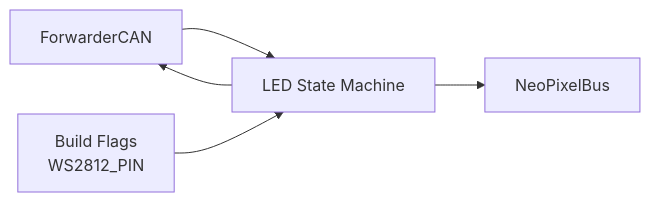
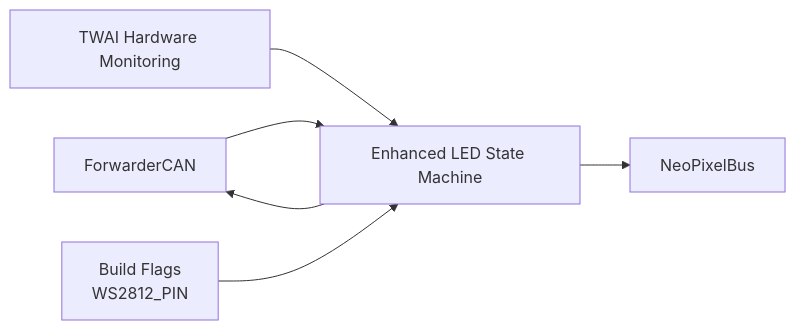
One commit to gunicsba/ESP_CAN_ECU_joystick_collection changed the fourth of 4 diagrams in .qoder/repowiki/en/content/ECU Implementations/Motor Driver ECU/LED Status Indicator System.md. Above: the diagram before and after it, drawn with Mermaid. The commit also changed other lines of this file and 8 other files, not shown here.

````diff
--- a/.qoder/repowiki/en/content/ECU Implementations/Motor Driver ECU/LED Status Indicator System.md
+++ b/.qoder/repowiki/en/content/ECU Implementations/Motor Driver ECU/LED Status Indicator System.md
@@ -269,7 +281,8 @@
 ```mermaid
 graph LR
-CAN["ForwarderCAN"] --> LED["LED State Machine"]
+CAN["ForwarderCAN"] --> LED["Enhanced LED State Machine"]
+TWAI["TWAI Hardware Monitoring"] --> LED
 Flags["Build Flags<br/>WS2812_PIN"] --> LED
 LED --> Strip["NeoPixelBus"]
 LED --> CAN
 ```
````
